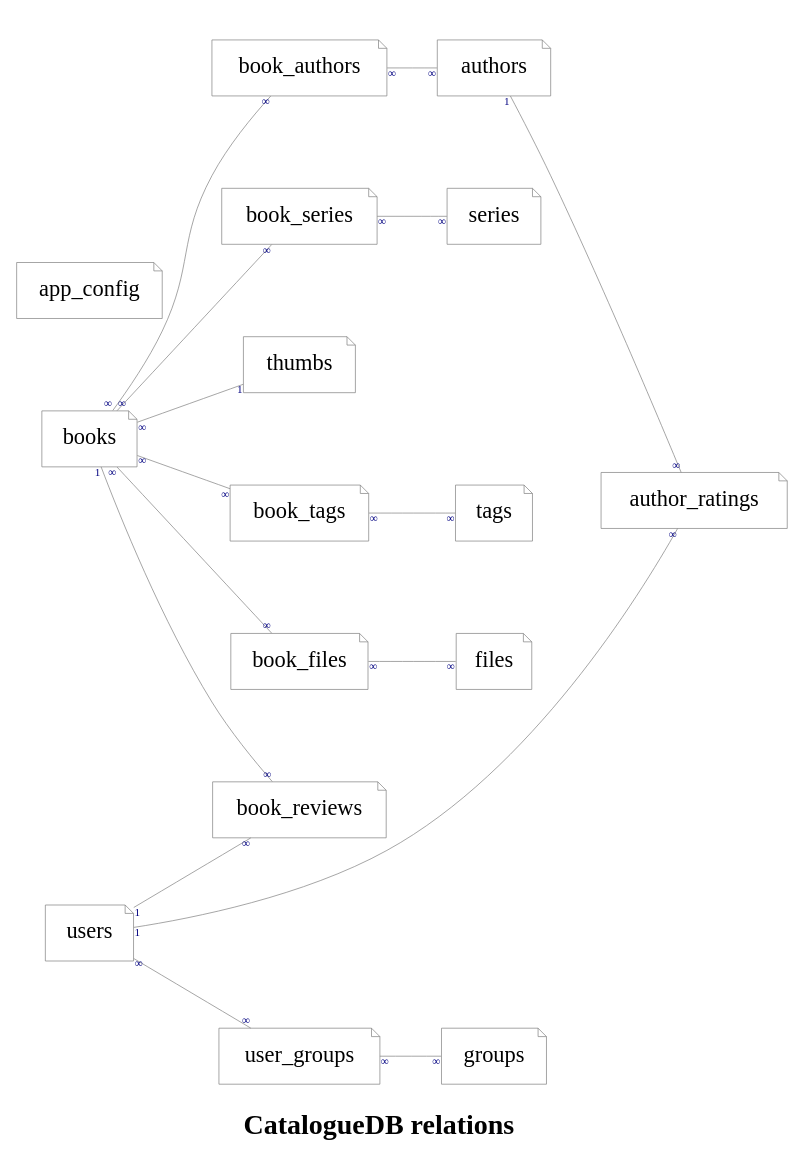
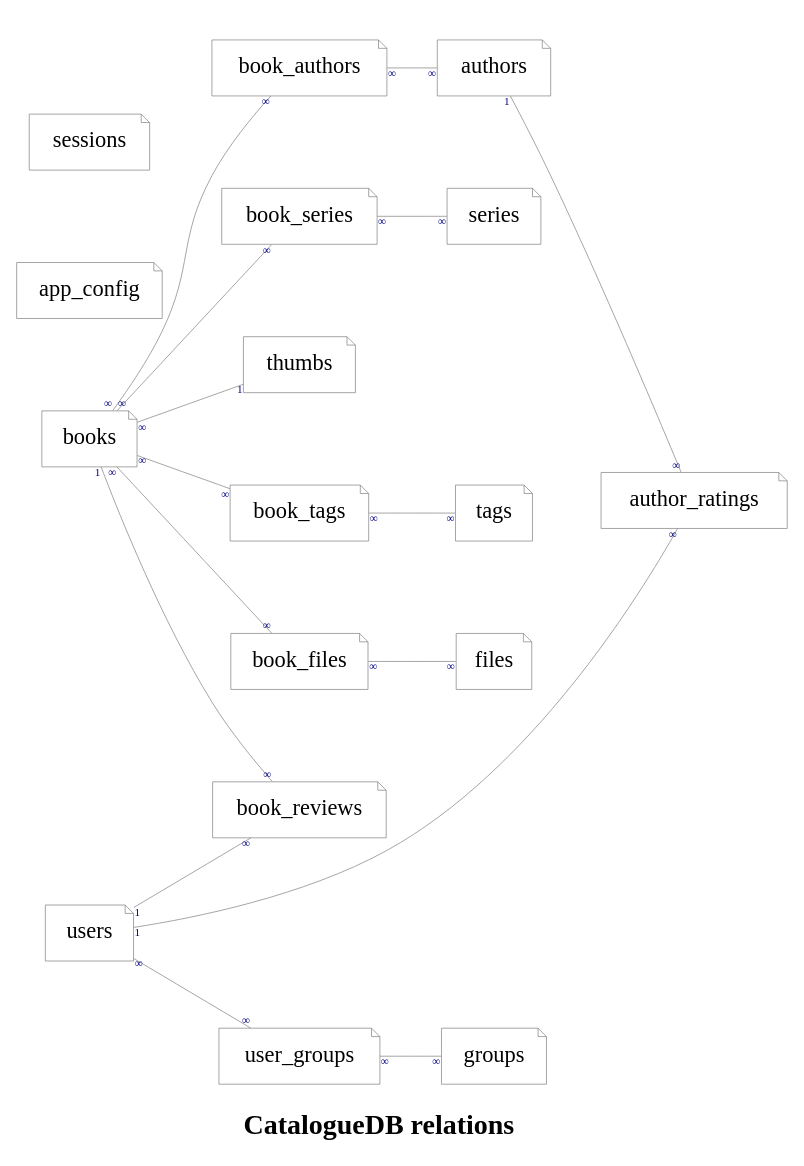
Before and after one commit to sio/HomeLibraryCatalog: the diagram in docs/db_tables.gv, drawn with Graphviz. The commit also changed 3 other files, not shown here.

```diff
--- a/docs/db_tables.gv
+++ b/docs/db_tables.gv
@@ -1,47 +1,48 @@
 # Simplified representation of database schema
 # Rendered with Graphviz (dot -O -Tpdf)
 
 strict graph {
     label = <<b>CatalogueDB relations</b>>
     
     # Layout and style
     graph [
         ratio = 1.414  // 297/210
         rankdir = LR
         fontname = Tahoma
         fontsize = 20
     ]
     node [
         shape = note
         margin = 0.15
         color = gray
         fontname = Tahoma
         fontsize = 16
         tooltip = ""
         penwidth = 0.5
     ]
     edge [
         headlabel = "∞"
         taillabel = "∞"
         margin = 0.1
         color = gray        
         fontname = Tahoma
         fontsize = 8
         fontcolor = navy
         tooltip = ""
         penwidth = 0.5
     ]
 
     # Nodes and edges
     books -- book_authors -- authors
     authors -- author_ratings [taillabel = 1]
     books -- book_series -- series
     books -- thumbs [headlabel = 1]
     books -- book_reviews [taillabel = 1]
     users -- user_groups -- groups
     users -- book_reviews [taillabel = 1]
     users -- author_ratings [taillabel = 1]
     books -- book_tags -- tags
     app_config
     books -- book_files -- files
+    sessions
 }
```
